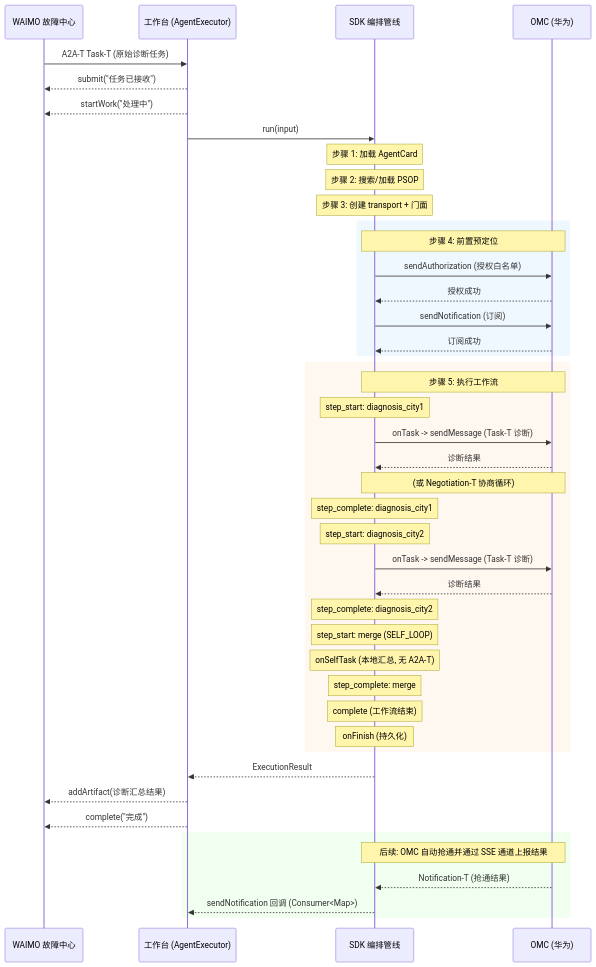
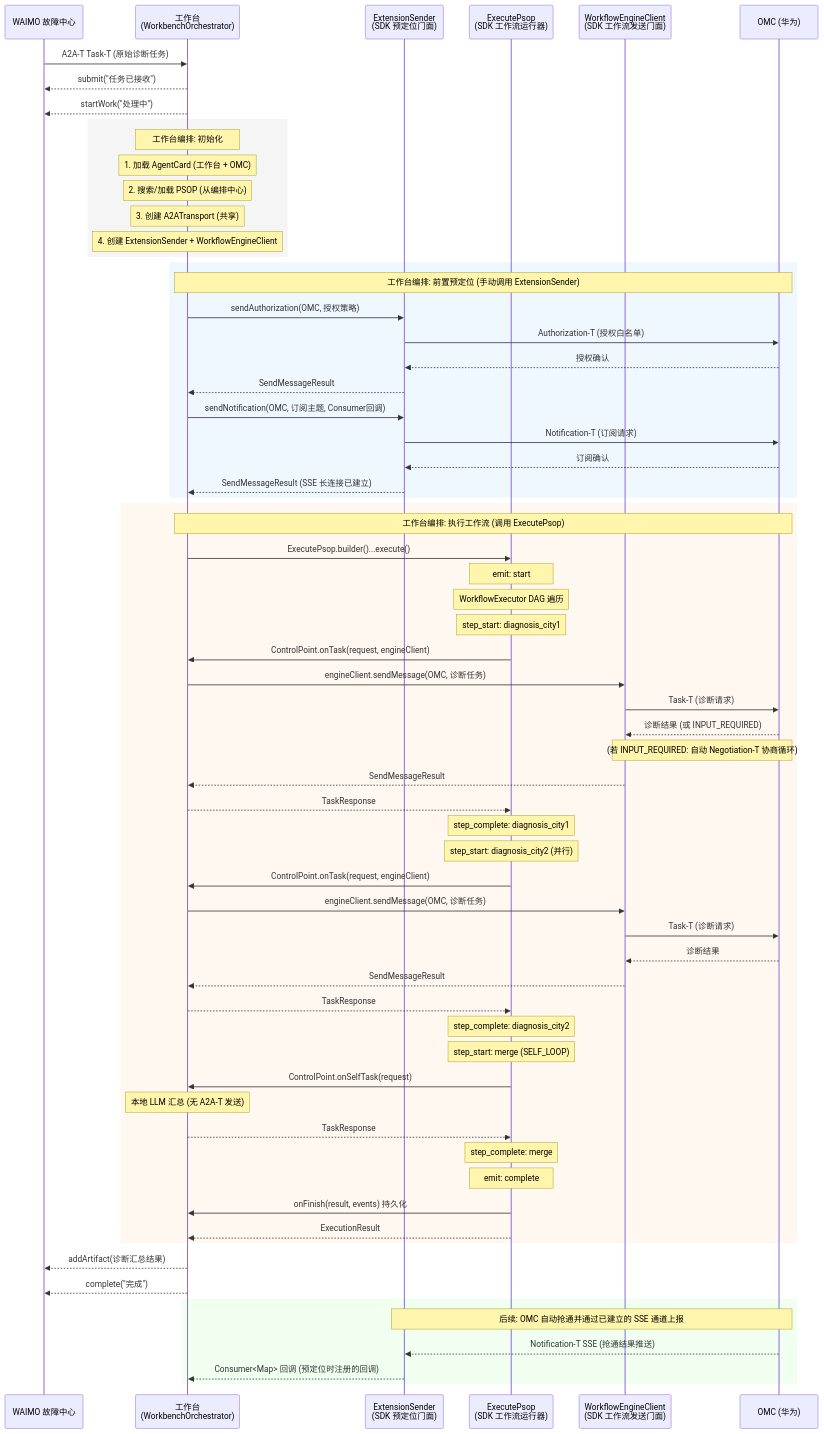
The fourth of 4 diagrams in docs/zh/工作台集成指南.md (project-openan/workflow-engine-sdk-java), drawn with Mermaid before and after one commit. The commit also changed other lines of this file and 18 other files, not shown here.

Commit message:
docs: rewrite workbench integration guide with accurate call sequence, auth provider docs, credential encryption guide, and update Maven coordinates to dev.openan.workflow.sdk:engine-sdk

````diff
--- a/docs/zh/工作台集成指南.md
+++ b/docs/zh/工作台集成指南.md
@@ -664,58 +810,80 @@
 ```mermaid
 sequenceDiagram
     participant WAIMO as WAIMO 故障中心
-    participant WB as 工作台 (AgentExecutor)
-    participant SDK as SDK 编排管线
+    participant WB as 工作台<br/>(WorkbenchOrchestrator)
+    participant ES as ExtensionSender<br/>(SDK 预定位门面)
+    participant EP as ExecutePsop<br/>(SDK 工作流运行器)
+    participant EC as WorkflowEngineClient<br/>(SDK 工作流发送门面)
     participant OMC as OMC (华为)
 
     WAIMO->>WB: A2A-T Task-T (原始诊断任务)
     WB-->>WAIMO: submit("任务已接收")
     WB-->>WAIMO: startWork("处理中")
 
-    WB->>SDK: run(input)
-
-    Note over SDK: 步骤 1: 加载 AgentCard
-    Note over SDK: 步骤 2: 搜索/加载 PSOP
-    Note over SDK: 步骤 3: 创建 transport + 门面
+    rect rgb(245, 245, 245)
+    Note over WB: 工作台编排: 初始化
+    Note over WB: 1. 加载 AgentCard (工作台 + OMC)
+    Note over WB: 2. 搜索/加载 PSOP (从编排中心)
+    Note over WB: 3. 创建 A2ATransport (共享)
+    Note over WB: 4. 创建 ExtensionSender + WorkflowEngineClient
+    end
 
     rect rgb(240, 248, 255)
-    Note over SDK,OMC: 步骤 4: 前置预定位
-    SDK->>OMC: sendAuthorization (授权白名单)
-    OMC-->>SDK: 授权成功
-    SDK->>OMC: sendNotification (订阅)
-    OMC-->>SDK: 订阅成功
+    Note over WB,OMC: 工作台编排: 前置预定位 (手动调用 ExtensionSender)
+    WB->>ES: sendAuthorization(OMC, 授权策略)
+    ES->>OMC: Authorization-T (授权白名单)
+    OMC-->>ES: 授权确认
+    ES-->>WB: SendMessageResult
+
+    WB->>ES: sendNotification(OMC, 订阅主题, Consumer回调)
+    ES->>OMC: Notification-T (订阅请求)
+    OMC-->>ES: 订阅确认
+    ES-->>WB: SendMessageResult (SSE 长连接已建立)
     end
 
     rect rgb(255, 248, 240)
-    Note over SDK,OMC: 步骤 5: 执行工作流
+    Note over WB,OMC: 工作台编排: 执行工作流 (调用 ExecutePsop)
+    WB->>EP: ExecutePsop.builder()...execute()
 
-    Note over SDK: step_start: diagnosis_city1
-    SDK->>OMC: onTask -> sendMessage (Task-T 诊断)
-    OMC-->>SDK: 诊断结果
-    Note over SDK,OMC: (或 Negotiation-T 协商循环)
-    Note over SDK: step_complete: diagnosis_city1
+    Note over EP: emit: start
+    Note over EP: WorkflowExecutor DAG 遍历
 
-    Note over SDK: step_start: diagnosis_city2
-    SDK->>OMC: onTask -> sendMessage (Task-T 诊断)
-    OMC-->>SDK: 诊断结果
-    Note over SDK: step_complete: diagnosis_city2
+    Note over EP: step_start: diagnosis_city1
+    EP->>WB: ControlPoint.onTask(request, engineClient)
+    WB->>EC: engineClient.sendMessage(OMC, 诊断任务)
+    EC->>OMC: Task-T (诊断请求)
+    OMC-->>EC: 诊断结果 (或 INPUT_REQUIRED)
+    Note over EC,OMC: (若 INPUT_REQUIRED: 自动 Negotiation-T 协商循环)
+    EC-->>WB: SendMessageResult
+    WB-->>EP: TaskResponse
+    Note over EP: step_complete: diagnosis_city1
 
-    Note over SDK: step_start: merge (SELF_LOOP)
-    Note over SDK: onSelfTask (本地汇总, 无 A2A-T)
-    Note over SDK: step_complete: merge
+    Note over EP: step_start: diagnosis_city2 (并行)
+    EP->>WB: ControlPoint.onTask(request, engineClient)
+    WB->>EC: engineClient.sendMessage(OMC, 诊断任务)
+    EC->>OMC: Task-T (诊断请求)
+    OMC-->>EC: 诊断结果
+    EC-->>WB: SendMessageResult
+    WB-->>EP: TaskResponse
+    Note over EP: step_complete: diagnosis_city2
 
-    Note over SDK: complete (工作流结束)
-    Note over SDK: onFinish (持久化)
+    Note over EP: step_start: merge (SELF_LOOP)
+    EP->>WB: ControlPoint.onSelfTask(request)
+    Note over WB: 本地 LLM 汇总 (无 A2A-T 发送)
+    WB-->>EP: TaskResponse
+    Note over EP: step_complete: merge
+
+    Note over EP: emit: complete
+    EP->>WB: onFinish(result, events) 持久化
+    EP-->>WB: ExecutionResult
     end
-
-    SDK-->>WB: ExecutionResult
 
     WB-->>WAIMO: addArtifact(诊断汇总结果)
     WB-->>WAIMO: complete("完成")
 
     rect rgb(240, 255, 240)
-    Note over SDK,OMC: 后续: OMC 自动抢通并通过 SSE 通道上报结果
-    OMC-->>SDK: Notification-T (抢通结果)
-    SDK-->>WB: sendNotification 回调 (Consumer<Map>)
+    Note over ES,OMC: 后续: OMC 自动抢通并通过已建立的 SSE 通道上报
+    OMC-->>ES: Notification-T SSE (抢通结果推送)
+    ES-->>WB: Consumer<Map> 回调 (预定位时注册的回调)
     end
 ```
````
